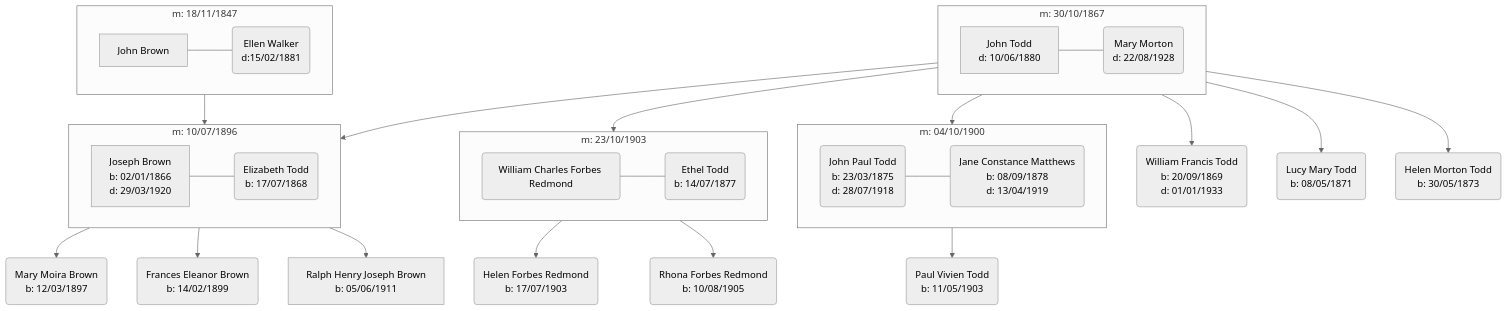
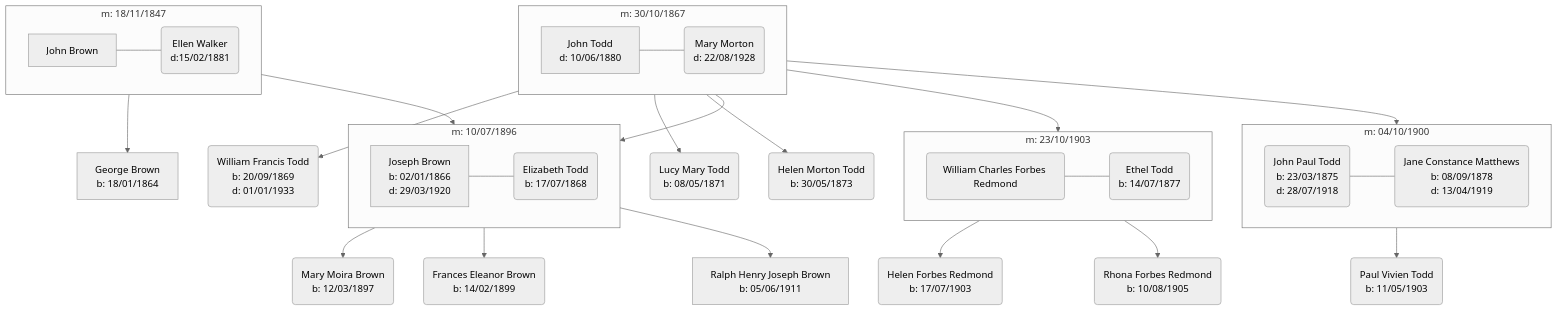
One commit to a1ecbr0wn/ancestry changed the diagram in Ralph-Brown/ralph-brown.md. Above: the diagram before and after it, drawn with Mermaid (neutral theme). The commit also changed other lines of this file and 12 other files, not shown here.

Commit message:
Census data and George Brown

````diff
--- a/Ralph-Brown/ralph-brown.md
+++ b/Ralph-Brown/ralph-brown.md
@@ -5,77 +5,80 @@
 ```mermaid
 flowchart TB
     job[John Brown]
     ell("Ellen Walker
       d:15/02/1881")
     jot["John Todd
       d: 10/06/1880"]
     mar("Mary Morton
       d: 22/08/1928")
+    geo["George Brown
+      b: 18/01/1864"]
     jos["Joseph Brown
       b: 02/01/1866
       d: 29/03/1920"]
     eli("Elizabeth Todd
       b: 17/07/1868")
     wil("William Francis Todd
       b: 20/09/1869
       d: 01/01/1933")
     luc("Lucy Mary Todd
       b: 08/05/1871")
     hel("Helen Morton Todd
       b: 30/05/1873")
     jpt("John Paul Todd
       b: 23/03/1875
       d: 28/07/1918")
     jcm("Jane Constance Matthews
       b: 08/09/1878
       d: 13/04/1919")
     pvt("Paul Vivien Todd
       b: 11/05/1903")
     eth("Ethel Todd
       b: 14/07/1877")
     wr("William Charles Forbes Redmond")
     hfr("Helen Forbes Redmond
       b: 17/07/1903")
     rfr("Rhona Forbes Redmond
       b: 10/08/1905")
     moi("Mary Moira Brown
       b: 12/03/1897")
     fra("Frances Eleanor Brown
       b: 14/02/1899")
     ral["Ralph Henry Joseph Brown
       b: 05/06/1911"]
 
     subgraph jotmar["m: 30/10/1867"]
         direction LR
         jot ---mar
     end
     jotmar -->eli
     jotmar -->wil
     jotmar -->luc
     jotmar -->hel
     jotmar -->jpt
     subgraph jptjcm["m: 04/10/1900"]
         direction LR
         jpt ---jcm
     end
     jptjcm -->pvt
     subgraph wreth["m: 23/10/1903"]
         direction LR
         wr ---eth
     end
     wreth -->hfr
     wreth -->rfr
     jotmar -->eth
     subgraph jobell["m: 18/11/1847"]
         direction LR
         job ---ell
     end
+    jobell -->geo
     jobell -->jos
     subgraph joseli["m: 10/07/1896"]
         direction LR
         jos ---eli
     end
     joseli -->moi
     joseli -->fra
     joseli -->ral
 ```
````
